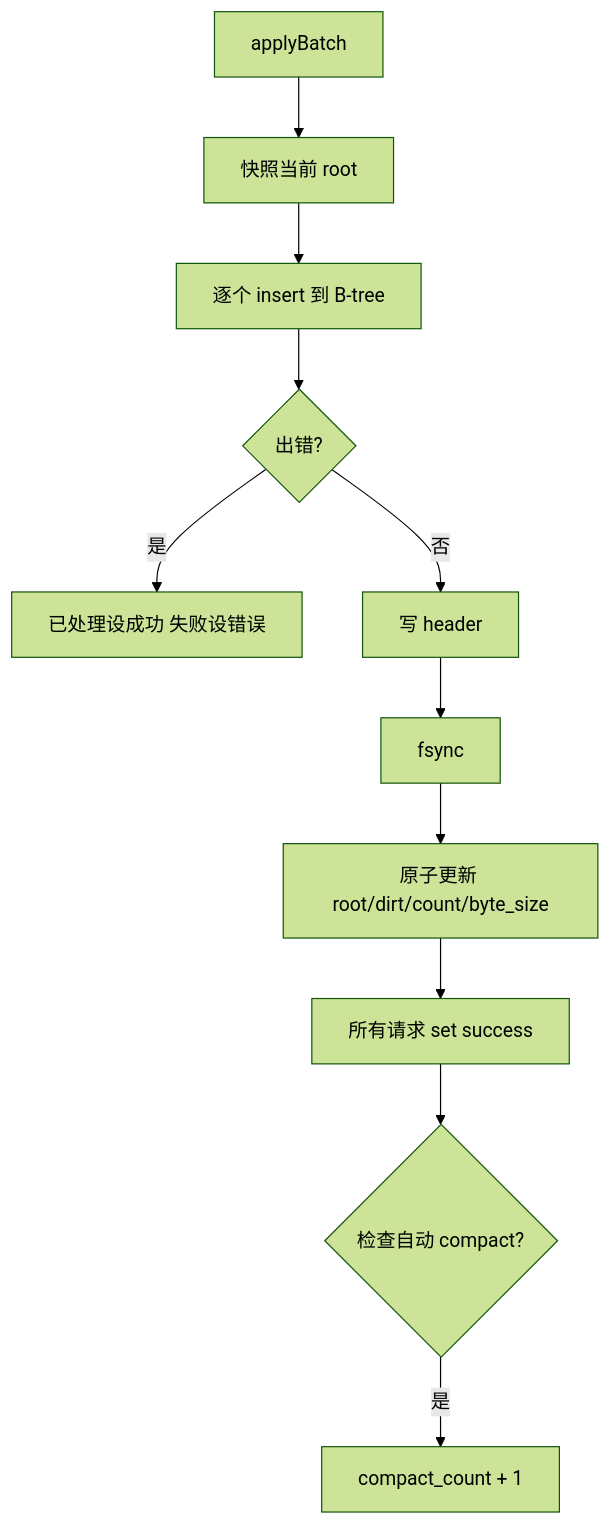
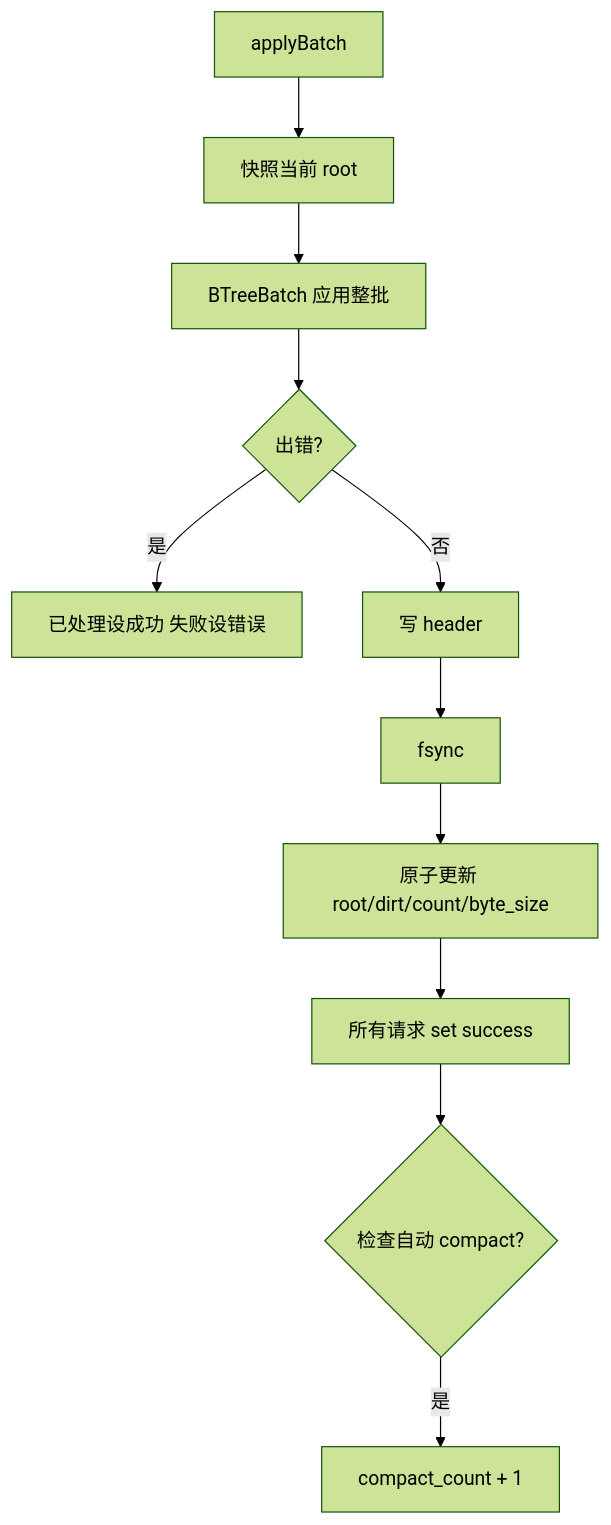
The diagram in docs/tutorial/05-writer.md (tt67wq/cube_db), drawn with Mermaid (forest theme) before and after one commit. The commit also changed other lines of this file and 9 other files, not shown here.

````diff
--- a/docs/tutorial/05-writer.md
+++ b/docs/tutorial/05-writer.md
@@ -91,13 +93,13 @@
 ```mermaid
 graph TD
     A[applyBatch] --> B[快照当前 root]
-    B --> C[逐个 insert 到 B-tree]
+    B --> C[BTreeBatch 应用整批]
     C --> D{出错?}
     D -->|是| E[已处理设成功 失败设错误]
     D -->|否| F[写 header]
     F --> G[fsync]
     G --> H[原子更新 root/dirt/count/byte_size]
     H --> I[所有请求 set success]
     I --> J{检查自动 compact?}
     J -->|是| K[compact_count + 1]
 ```
````
